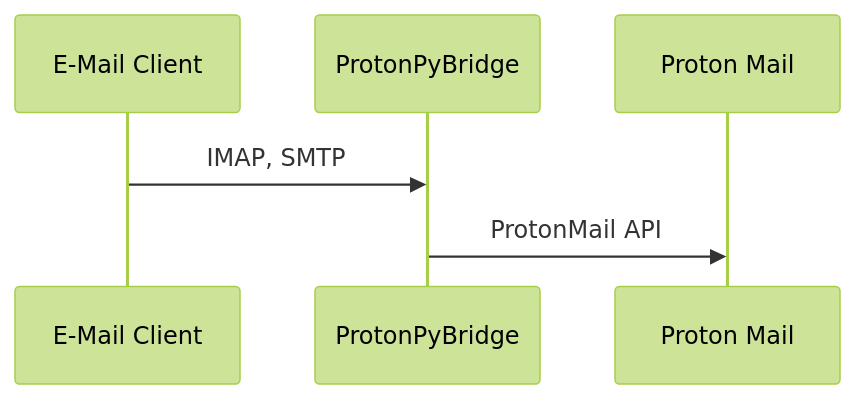
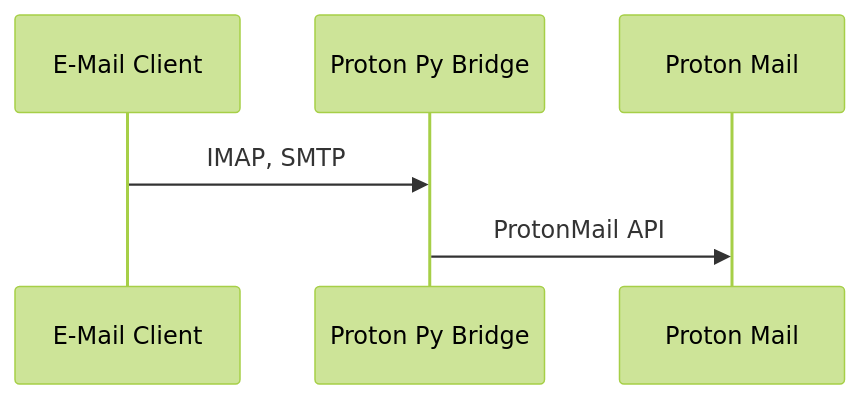
One commit to sastatic/ProtonPyBridge changed the diagram in README.md. Above: the diagram before and after it, drawn with Mermaid (forest theme). The commit also changed other lines of this file, not shown here.

````diff
--- a/README.md
+++ b/README.md
@@ -33,10 +33,10 @@
 ```mermaid
 sequenceDiagram
 
     participant c as E-Mail Client
-    participant h as ProtonPyBridge
+    participant h as Proton Py Bridge
     participant p as Proton Mail
 
     c->>h: IMAP, SMTP
     h->>p: ProtonMail API
 ```
````
